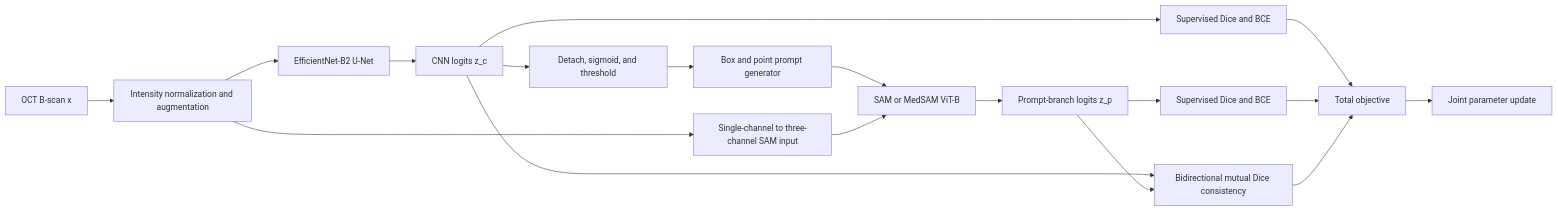
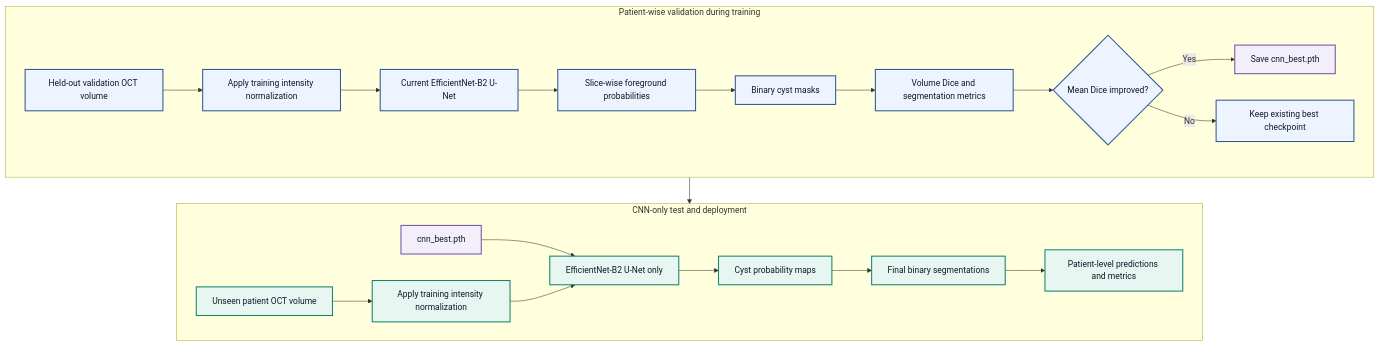
One commit to Hayyan-Arshad/Semi-Supervised_Intraretinal_Cyst_Segmentation_via_Mutual_Learning changed the fourth of 4 diagrams in docs/ARCHITECTURE.md. Above: the diagram before and after it, drawn with Mermaid. The commit also changed other lines of this file, not shown here.

Commit message:
Diagram the complete data pipeline

````diff
--- a/docs/ARCHITECTURE.md
+++ b/docs/ARCHITECTURE.md
@@ -7,20 +145,33 @@
 ```mermaid
-flowchart LR
-    X["OCT B-scan x"] --> N["Intensity normalization and augmentation"]
-    N --> C["EfficientNet-B2 U-Net"]
-    C --> YC["CNN logits z_c"]
-    YC --> P["Detach, sigmoid, and threshold"]
-    P --> G["Box and point prompt generator"]
-    N --> A["Single-channel to three-channel SAM input"]
-    G --> S["SAM or MedSAM ViT-B"]
-    A --> S
-    S --> YS["Prompt-branch logits z_p"]
-    YC --> LC["Supervised Dice and BCE"]
-    YS --> LP["Supervised Dice and BCE"]
-    YC --> M["Bidirectional mutual Dice consistency"]
-    YS --> M
-    LC --> L["Total objective"]
-    LP --> L
-    M --> L
-    L --> U["Joint parameter update"]
+flowchart TB
+    subgraph VALIDATION["Patient-wise validation during training"]
+        direction LR
+        VOLUME["Held-out validation OCT volume"] --> VNORM["Apply training intensity normalization"]
+        VNORM --> VCNN["Current EfficientNet-B2 U-Net"]
+        VCNN --> VPROB["Slice-wise foreground probabilities"]
+        VPROB --> VMASK["Binary cyst masks"]
+        VMASK --> METRICS["Volume Dice and segmentation metrics"]
+        METRICS --> BEST{"Mean Dice improved?"}
+        BEST -->|Yes| SAVE["Save cnn_best.pth"]
+        BEST -->|No| KEEP["Keep existing best checkpoint"]
+    end
+
+    subgraph INFERENCE["CNN-only test and deployment"]
+        direction LR
+        TESTVOL["Unseen patient OCT volume"] --> TNORM["Apply training intensity normalization"]
+        CHECKPOINT["cnn_best.pth"] --> TCNN["EfficientNet-B2 U-Net only"]
+        TNORM --> TCNN
+        TCNN --> TPROB["Cyst probability maps"]
+        TPROB --> TMASK["Final binary segmentations"]
+        TMASK --> OUTPUT["Patient-level predictions and metrics"]
+    end
+
+    SAVE --> CHECKPOINT
+
+    classDef validation fill:#eef4ff,stroke:#315b96,stroke-width:2px,color:#101828;
+    classDef checkpoint fill:#f3effa,stroke:#7557a6,stroke-width:2px,color:#101828;
+    classDef deployment fill:#e7f6f1,stroke:#16866f,stroke-width:2px,color:#101828;
+    class VOLUME,VNORM,VCNN,VPROB,VMASK,METRICS,BEST,KEEP validation;
+    class SAVE,CHECKPOINT checkpoint;
+    class TESTVOL,TNORM,TCNN,TPROB,TMASK,OUTPUT deployment;
 ```
````
